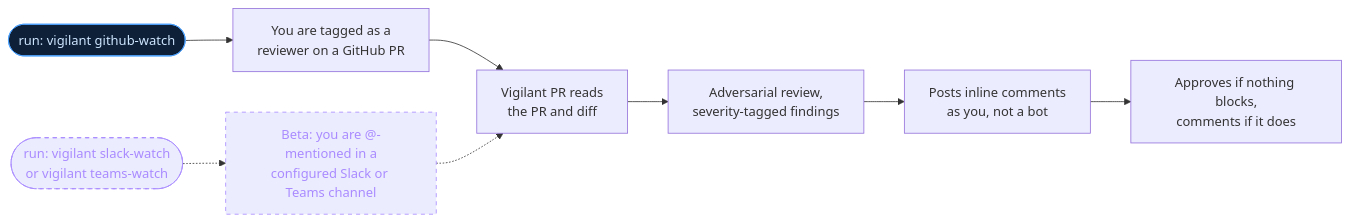
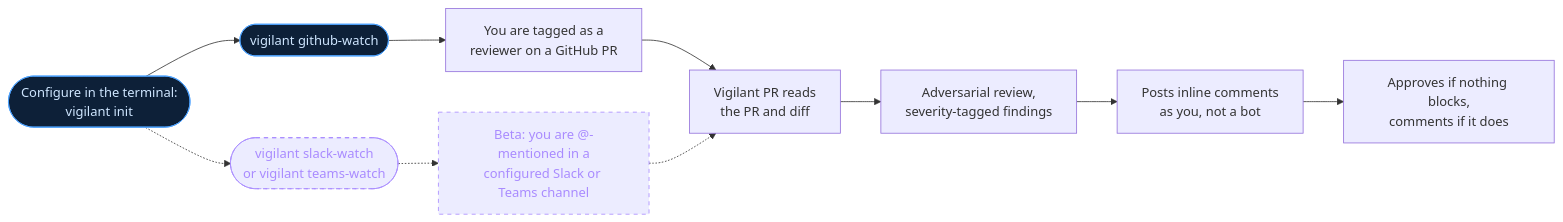
Before and after one commit to tllongdev/vigilant-pr: the diagram in README.md, drawn with Mermaid. The commit also changed other lines of this file and 15 other files, not shown here.

````diff
--- a/README.md
+++ b/README.md
@@ -16,15 +20,18 @@
 ```mermaid
 flowchart LR
-    C1(["run: vigilant github-watch"]) --> A["You are tagged as a<br/>reviewer on a GitHub PR"]
-    C2(["run: vigilant slack-watch<br/>or vigilant teams-watch"]) -.-> A2["Beta: you are @-mentioned in a<br/>configured Slack or Teams channel"]
+    CFG(["Configure in the terminal:<br/>vigilant init"]) --> C1
+    CFG -.-> C2
+    C1(["vigilant github-watch"]) --> A["You are tagged as a<br/>reviewer on a GitHub PR"]
+    C2(["vigilant slack-watch<br/>or vigilant teams-watch"]) -.-> A2["Beta: you are @-mentioned in a<br/>configured Slack or Teams channel"]
     A --> B["Vigilant PR reads<br/>the PR and diff"]
     A2 -.-> B
     B --> C["Adversarial review,<br/>severity-tagged findings"]
     C --> D["Posts inline comments<br/>as you, not a bot"]
     D --> E["Approves if nothing blocks,<br/>comments if it does"]
     classDef beta stroke:#a98bff,color:#a98bff,stroke-dasharray:5 5;
     classDef cmd fill:#0d2038,stroke:#4da3ff,color:#cfe6ff;
     class A2 beta;
     class C2 beta;
+    class CFG cmd;
     class C1 cmd;
 ```
````
